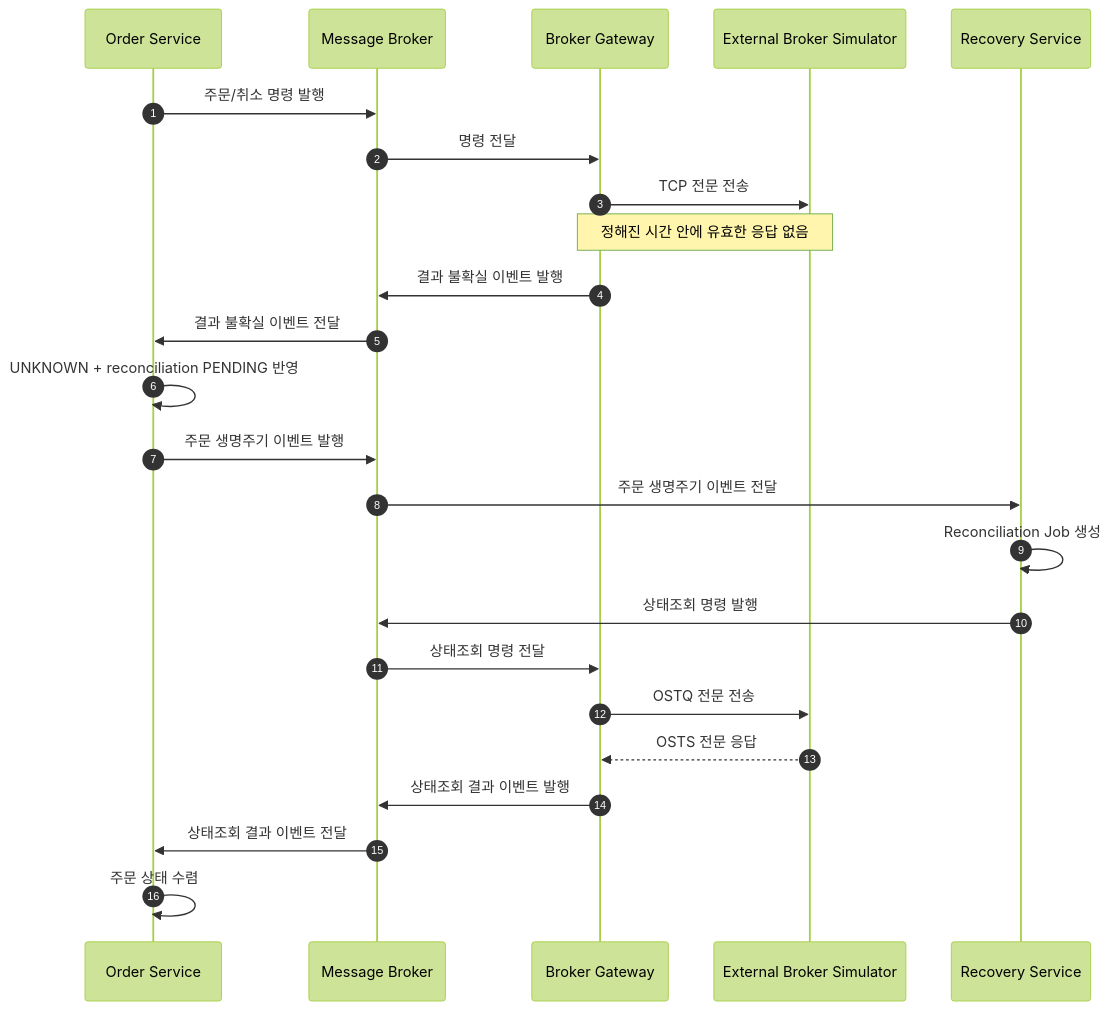
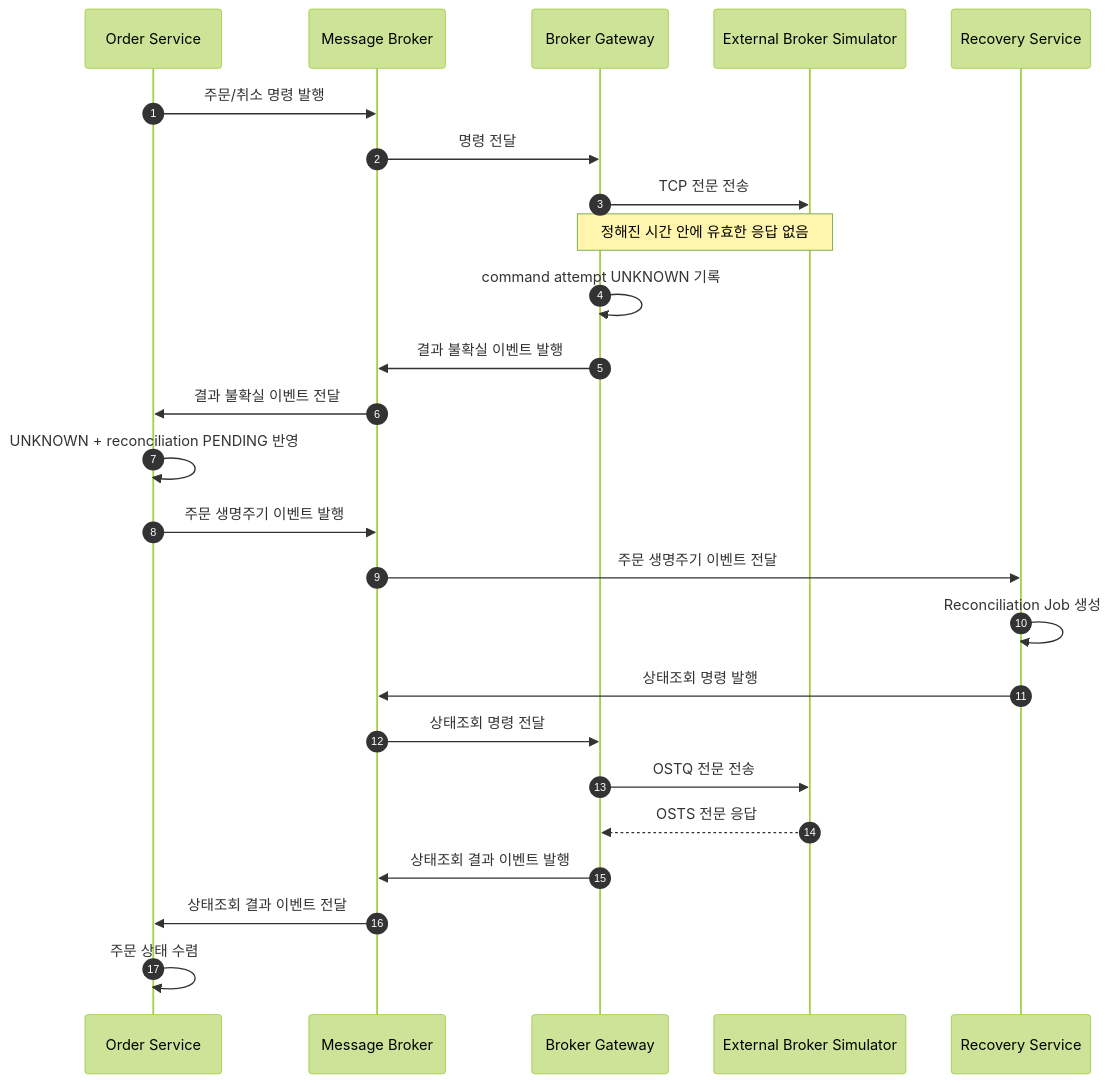
The fourth of 6 diagrams in docs/07-architecture-overview.md (f-lab-edu/trading-order-reliability-lab), drawn with Mermaid (forest theme) before and after one commit. The commit also changed other lines of this file and 18 other files, not shown here.

````diff
--- a/docs/07-architecture-overview.md
+++ b/docs/07-architecture-overview.md
@@ -408,32 +421,33 @@
 ```mermaid
 sequenceDiagram
     autonumber
     participant OS as Order Service
     participant MB as Message Broker
     participant BG as Broker Gateway
     participant B as External Broker Simulator
     participant RS as Recovery Service
 
     OS->>MB: 주문/취소 명령 발행
     MB->>BG: 명령 전달
     BG->>B: TCP 전문 전송
 
     Note over BG,B: 정해진 시간 안에 유효한 응답 없음
 
+    BG->>BG: command attempt UNKNOWN 기록
     BG->>MB: 결과 불확실 이벤트 발행
     MB->>OS: 결과 불확실 이벤트 전달
     OS->>OS: UNKNOWN + reconciliation PENDING 반영
     OS->>MB: 주문 생명주기 이벤트 발행
 
     MB->>RS: 주문 생명주기 이벤트 전달
     RS->>RS: Reconciliation Job 생성
     RS->>MB: 상태조회 명령 발행
 
     MB->>BG: 상태조회 명령 전달
     BG->>B: OSTQ 전문 전송
     B-->>BG: OSTS 전문 응답
     BG->>MB: 상태조회 결과 이벤트 발행
 
     MB->>OS: 상태조회 결과 이벤트 전달
     OS->>OS: 주문 상태 수렴
 ```
````
